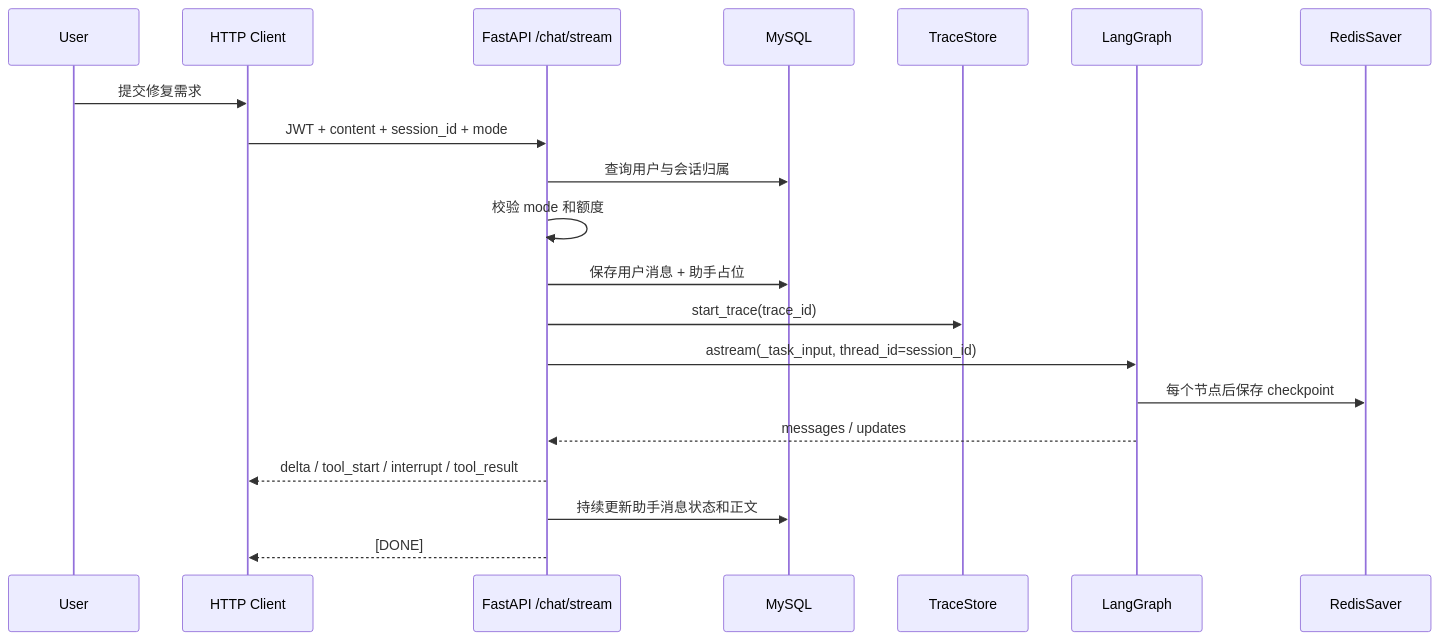
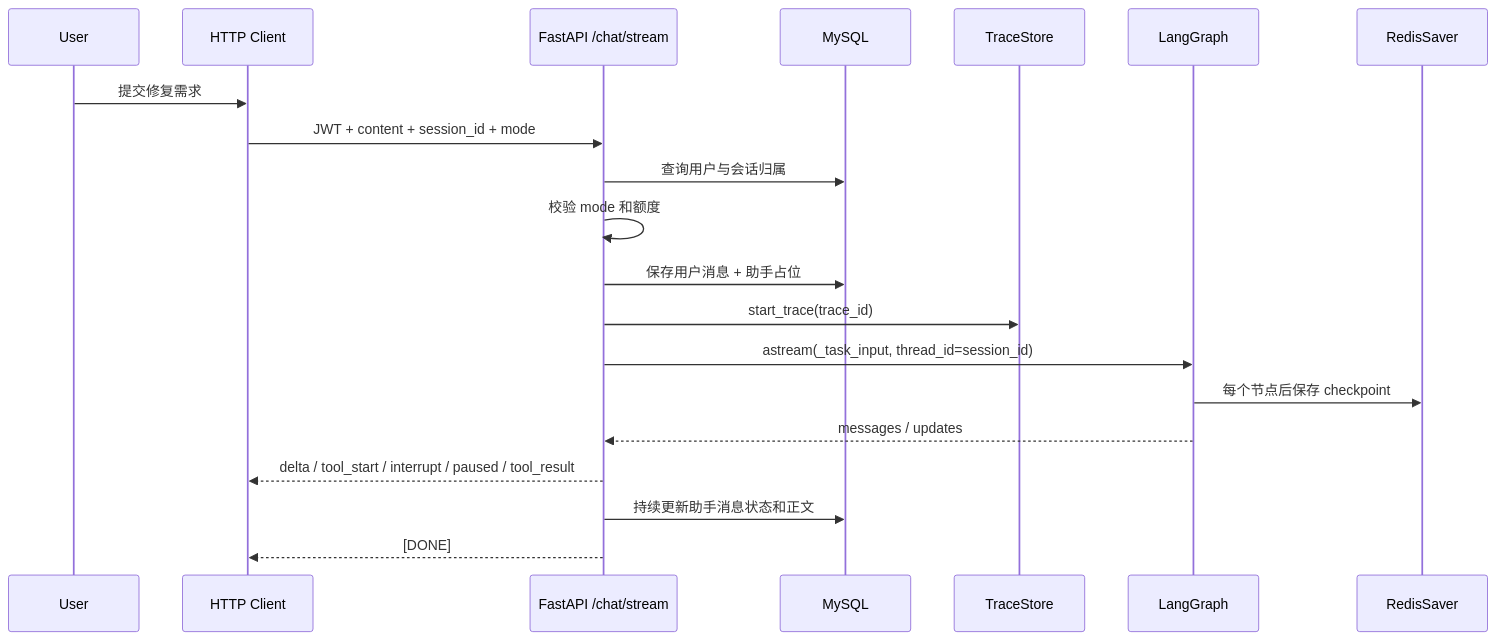
Before and after one commit to Gxh-aviliable/enterprise-controlled-coding-agent: the fifth of 11 diagrams in docs/PROJECT-WALKTHROUGH.md, drawn with Mermaid. The commit also changed other lines of this file and 87 other files, not shown here.

````diff
--- a/docs/PROJECT-WALKTHROUGH.md
+++ b/docs/PROJECT-WALKTHROUGH.md
@@ -1907,23 +1930,23 @@
 ```mermaid
 sequenceDiagram
     participant U as User
     participant C as HTTP Client
     participant API as FastAPI /chat/stream
     participant DB as MySQL
     participant T as TraceStore
     participant G as LangGraph
     participant R as RedisSaver
 
     U->>C: 提交修复需求
     C->>API: JWT + content + session_id + mode
     API->>DB: 查询用户与会话归属
     API->>API: 校验 mode 和额度
     API->>DB: 保存用户消息 + 助手占位
     API->>T: start_trace(trace_id)
     API->>G: astream(_task_input, thread_id=session_id)
     G->>R: 每个节点后保存 checkpoint
     G-->>API: messages / updates
-    API-->>C: delta / tool_start / interrupt / tool_result
+    API-->>C: delta / tool_start / interrupt / paused / tool_result
     API->>DB: 持续更新助手消息状态和正文
     API-->>C: [DONE]
 ```
````
